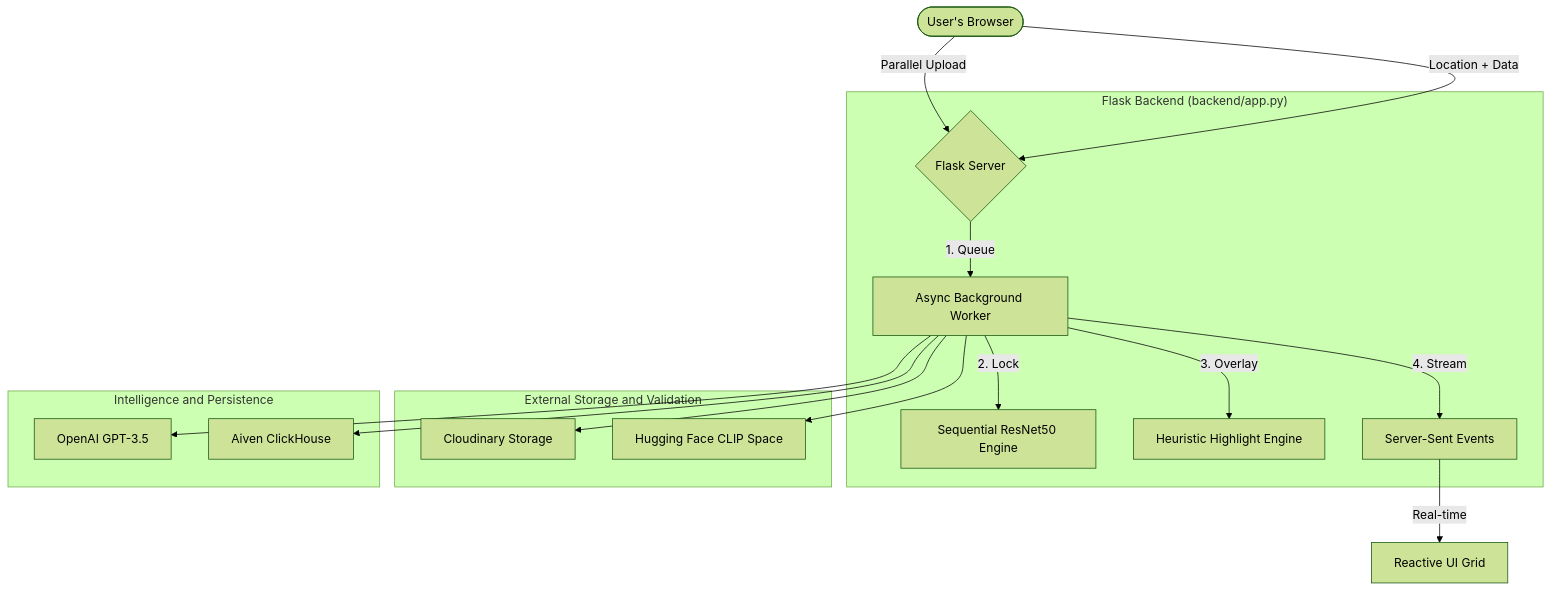
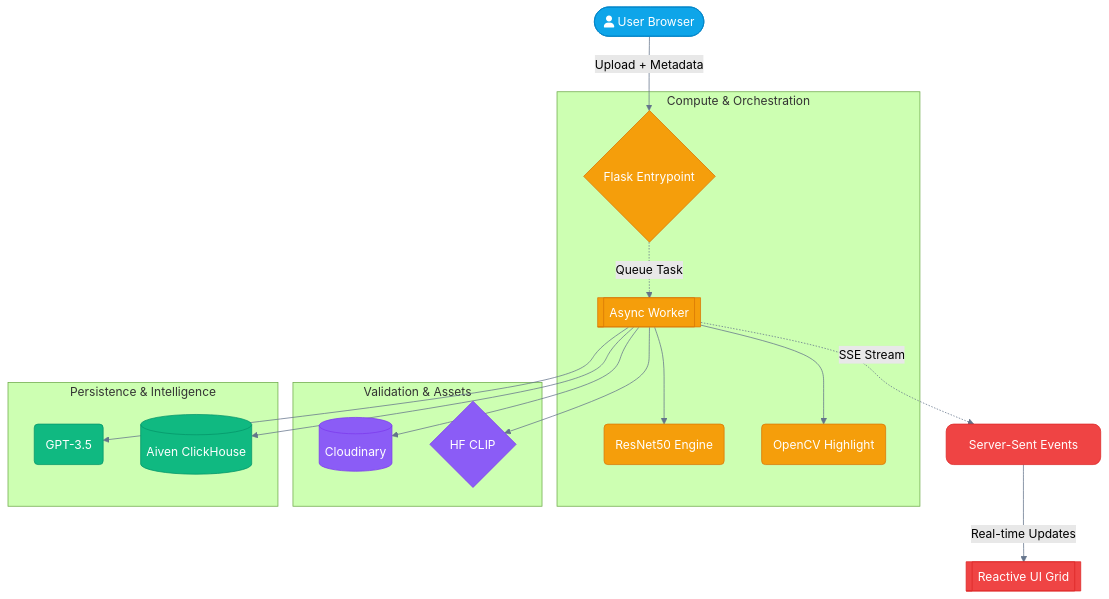
One commit to rautaditya2606/wheat_detection changed the diagram in README.md. Above: the diagram before and after it, drawn with Mermaid (forest theme).

Commit message:
fixed the mermaid

````diff
--- a/README.md
+++ b/README.md
@@ -24,25 +24,46 @@
 ```mermaid
-graph TD
-    User([User's Browser]) -->|Parallel Upload| Backend
-    User -->|Location + Data| Backend
+graph TB
+    %% Enhanced Style Definitions
+    classDef userNode fill:#0ea5e9,stroke:#0284c7,stroke-width:1px,color:#fff,rx:10,ry:10;
+    classDef backendNode fill:#f59e0b,stroke:#d97706,stroke-width:1px,color:#fff,rx:5,ry:5;
+    classDef storageNode fill:#8b5cf6,stroke:#7c3aed,stroke-width:1px,color:#fff,rx:5,ry:5;
+    classDef intelligenceNode fill:#10b981,stroke:#059669,stroke-width:1px,color:#fff,rx:5,ry:5;
+    classDef sseNode fill:#ef4444,stroke:#dc2626,stroke-width:1px,color:#fff,rx:10,ry:10;
+
+    %% Nodes
+    User([fa:fa-user User Browser]):::userNode
     
-    subgraph "Flask Backend (backend/app.py)"
-    Backend{Flask Server}
-    Backend -->|1. Queue| Worker[Async Background Worker]
-    Worker -->|2. Lock| ResNet[Sequential ResNet50 Engine]
-    Worker -->|3. Overlay| OpenCV[Heuristic Highlight Engine]
-    Worker -->|4. Stream| SSE[Server-Sent Events]
+    subgraph "Compute & Orchestration"
+        Backend{Flask Entrypoint}:::backendNode
+        Worker[[Async Worker]]:::backendNode
+        ResNet(ResNet50 Engine):::backendNode
+        OpenCV(OpenCV Highlight):::backendNode
     end
-    
-    subgraph "External Storage and Validation"
-    Worker --> Cloudinary[Cloudinary Storage]
-    Worker --> CLIP[Hugging Face CLIP Space]
+
+    subgraph "Validation & Assets"
+        Cloudinary[(Cloudinary)]:::storageNode
+        CLIP{HF CLIP}:::storageNode
     end
-    
-    subgraph "Intelligence and Persistence"
-    Worker --> LLM[OpenAI GPT-3.5]
-    Worker --> ClickHouse[Aiven ClickHouse]
+
+    subgraph "Persistence & Intelligence"
+        LLM(GPT-3.5):::intelligenceNode
+        ClickHouse[(Aiven ClickHouse)]:::intelligenceNode
     end
-    
-    SSE -->|Real-time| Response[Reactive UI Grid]
+
+    Response[[Reactive UI Grid]]:::sseNode
+
+    %% Styled Connections
+    User ==>|Upload + Metadata| Backend
+    Backend -.->|Queue Task| Worker
+    Worker --> ResNet
+    Worker --> OpenCV
+    Worker --> Cloudinary
+    Worker --> CLIP
+    Worker --> LLM
+    Worker --> ClickHouse
+    Worker -.->|SSE Stream| SSE[Server-Sent Events]:::sseNode
+    SSE ==>|Real-time Updates| Response
+
+    %% Global Link Styling
+    linkStyle default stroke:#64748b,stroke-width:1px,transition:0.3s;
 ```
````
